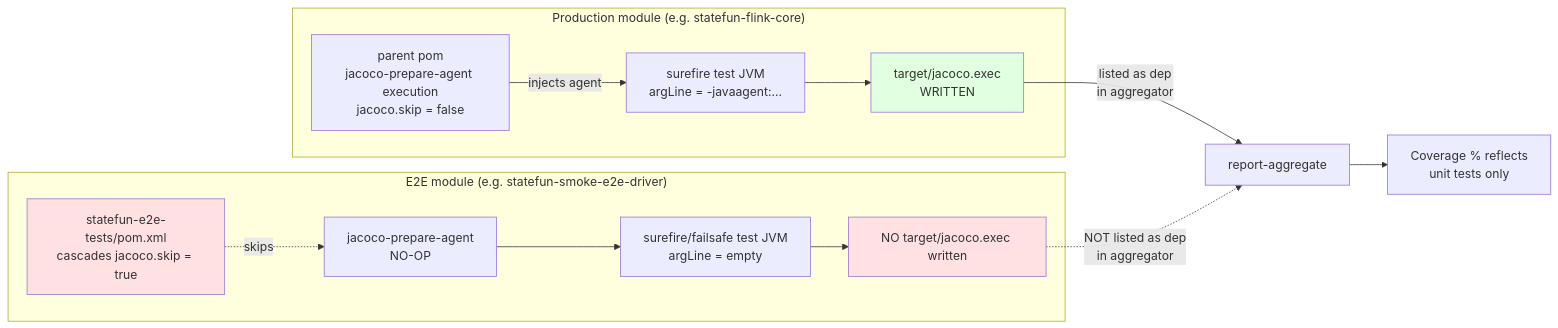
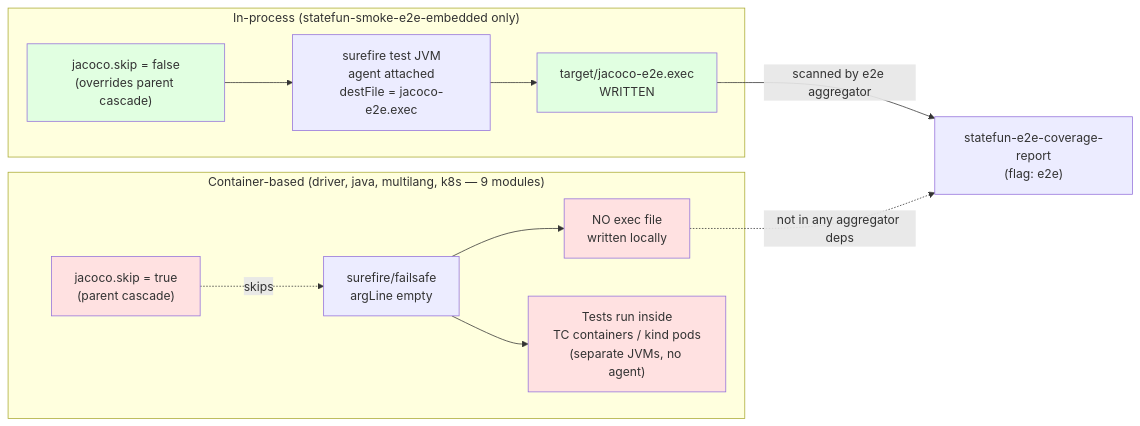
The third of 5 diagrams in statefun-coverage-report/README.md (kzmlabs/flink-statefun), drawn with Mermaid before and after one commit. The commit also changed other lines of this file, not shown here.

First line of the commit message:
docs(coverage): refresh aggregator README for two-flag setup

````diff
--- a/statefun-coverage-report/README.md
+++ b/statefun-coverage-report/README.md
@@ -95,22 +95,22 @@
 ```mermaid
 flowchart LR
-    subgraph "Production module (e.g. statefun-flink-core)"
-        P1[parent pom<br/>jacoco-prepare-agent execution<br/>jacoco.skip = false] -->|injects agent| P2[surefire test JVM<br/>argLine = -javaagent:...]
-        P2 --> P3[target/jacoco.exec<br/>WRITTEN]
+    subgraph IN["In-process (statefun-smoke-e2e-embedded only)"]
+        I1["jacoco.skip = false<br/>(overrides parent cascade)"] --> I2["surefire test JVM<br/>agent attached<br/>destFile = jacoco-e2e.exec"]
+        I2 --> I3["target/jacoco-e2e.exec<br/>WRITTEN"]
     end
 
-    subgraph "E2E module (e.g. statefun-smoke-e2e-driver)"
-        E1[statefun-e2e-tests/pom.xml<br/>cascades jacoco.skip = true] -.->|skips| E2[jacoco-prepare-agent<br/>NO-OP]
-        E2 --> E3[surefire/failsafe test JVM<br/>argLine = empty]
-        E3 --> E4[NO target/jacoco.exec written]
+    subgraph OUT["Container-based (driver, java, multilang, k8s — 9 modules)"]
+        O1["jacoco.skip = true<br/>(parent cascade)"] -.->|"skips"| O2["surefire/failsafe<br/>argLine empty"]
+        O2 --> O3["NO exec file<br/>written locally"]
+        O2 --> O4["Tests run inside<br/>TC containers / kind pods<br/>(separate JVMs, no agent)"]
     end
 
-    P3 -->|listed as dep<br/>in aggregator| AGG[report-aggregate]
-    E4 -.->|NOT listed as dep<br/>in aggregator| AGG
+    I3 -->|"scanned by e2e aggregator"| AGG2["statefun-e2e-coverage-report<br/>(flag: e2e)"]
+    O3 -.->|"not in any aggregator deps"| AGG2
 
-    AGG --> RPT[Coverage % reflects<br/>unit tests only]
-
-    style E1 fill:#ffe1e1
-    style E4 fill:#ffe1e1
-    style P3 fill:#e1ffe1
+    style I1 fill:#e1ffe1
+    style I3 fill:#e1ffe1
+    style O1 fill:#ffe1e1
+    style O3 fill:#ffe1e1
+    style O4 fill:#ffe1e1
 ```
````
